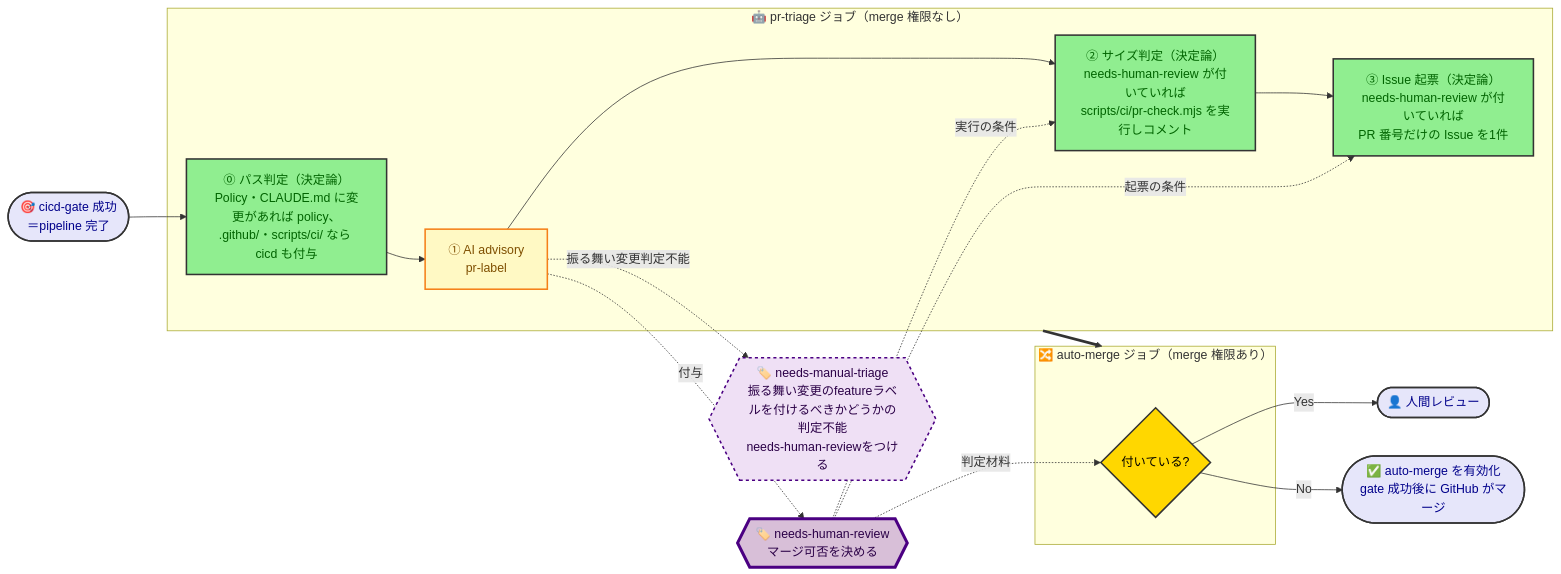
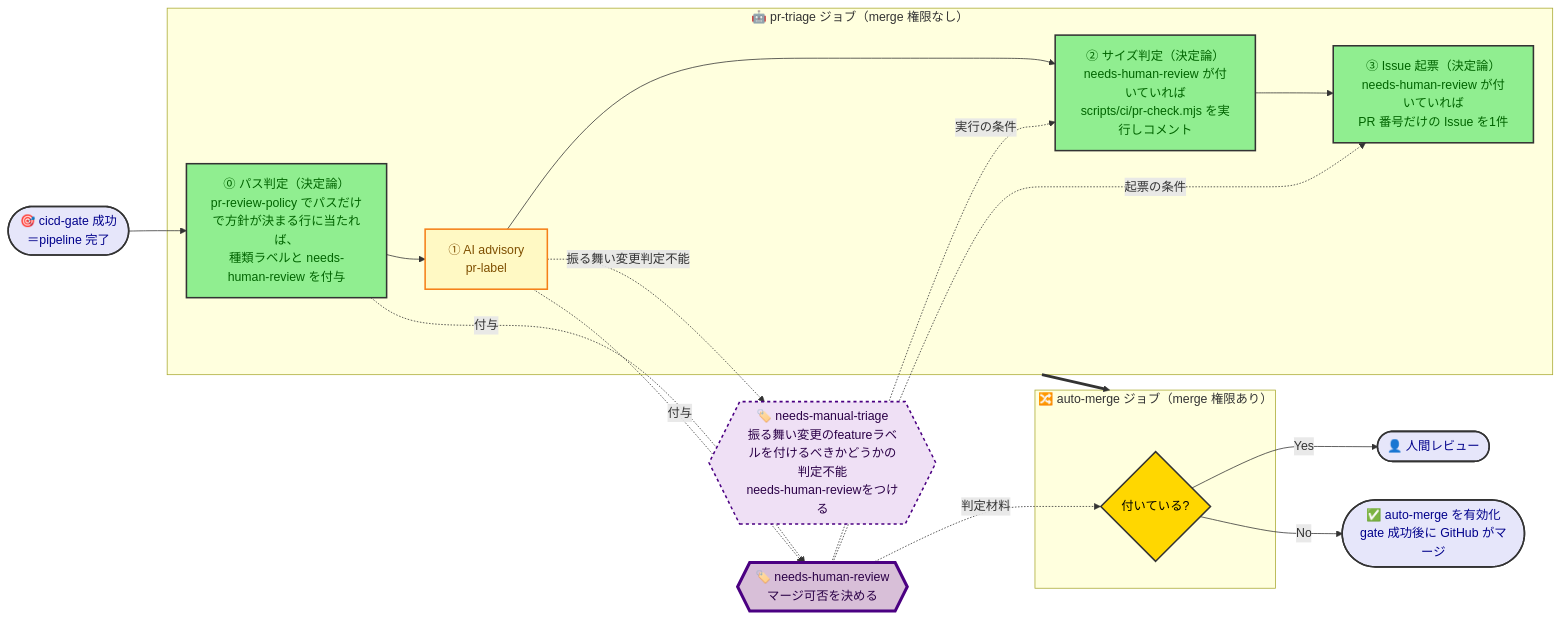
The second of 4 diagrams in samples/docs/design/cicd-design.md (kasiopeiya/claude-dev-template), drawn with Mermaid before and after one commit. The commit also changed other lines of this file, not shown here.

Commit message:
docs: cicd 設計書の⓪パス判定をパスで決まる行の書き方にする (#1509)
Issue の指定に加え、図に ⓪ から needs-human-review への「付与」の矢印を足した。矢印が AI からしか出ていないと、決定論のステップで付いたラベルも後段の判定材料になることが図から読めないため。

````diff
--- a/samples/docs/design/cicd-design.md
+++ b/samples/docs/design/cicd-design.md
@@ -88,46 +89,47 @@
 ```mermaid
 flowchart LR
     Start([🎯 cicd-gate 成功<br/>＝pipeline 完了])
 
     subgraph Triage["🤖 pr-triage ジョブ（merge 権限なし）"]
-        Det["⓪ パス判定（決定論）<br/>Policy・CLAUDE.md に変更があれば policy、<br/>.github/・scripts/ci/ なら cicd も付与"]
+        Det["⓪ パス判定（決定論）<br/>pr-review-policy でパスだけで方針が決まる行に当たれば、<br/>種類ラベルと needs-human-review を付与"]
         Ai["① AI advisory<br/>pr-label"]
         Chk["② サイズ判定（決定論）<br/>needs-human-review が付いていれば<br/>scripts/ci/pr-check.mjs を実行しコメント"]
         Iss["③ Issue 起票（決定論）<br/>needs-human-review が付いていれば<br/>PR 番号だけの Issue を1件"]
         Det --> Ai --> Chk --> Iss
     end
 
     Label{{"🏷️ needs-human-review<br/>マージ可否を決める"}}
     Triage2{{"🏷️ needs-manual-triage<br/>振る舞い変更のfeatureラベルを付けるべきかどうかの判定不能<br/>needs-human-reviewをつける"}}
 
     subgraph AutoJob["🔀 auto-merge ジョブ（merge 権限あり）"]
         Judge{付いている?}
     end
 
     Human([👤 人間レビュー])
     Merged([✅ auto-merge を有効化<br/>gate 成功後に GitHub がマージ])
 
     Start --> Det
     Triage ==> AutoJob
+    Det -. 付与 .-> Label
     Ai -. 付与 .-> Label
     Ai -. 振る舞い変更判定不能 .-> Triage2
     Label -. 判定材料 .-> Judge
     Label -. 実行の条件 .-> Chk
     Label -. 起票の条件 .-> Iss
     Judge -->|Yes| Human
     Judge -->|No| Merged
 
     classDef startEnd fill:#E6E6FA,stroke:#333,stroke-width:2px,color:darkblue
     classDef process fill:#90EE90,stroke:#333,stroke-width:2px,color:darkgreen
     classDef decision fill:#FFD700,stroke:#333,stroke-width:2px,color:black
     classDef advisory fill:#FFF9C4,stroke:#F57F17,stroke-width:2px,color:#7f4f00
     classDef state fill:#D8BFD8,stroke:#4B0082,stroke-width:4px,color:#2b0047
     classDef substate fill:#EFE0F5,stroke:#4B0082,stroke-width:2px,stroke-dasharray: 4 4,color:#2b0047
 
     class Start,Human,Merged startEnd
     class Det,Chk,Iss process
     class Ai advisory
     class Judge decision
     class Label state
     class Triage2 substate
 ```
````
